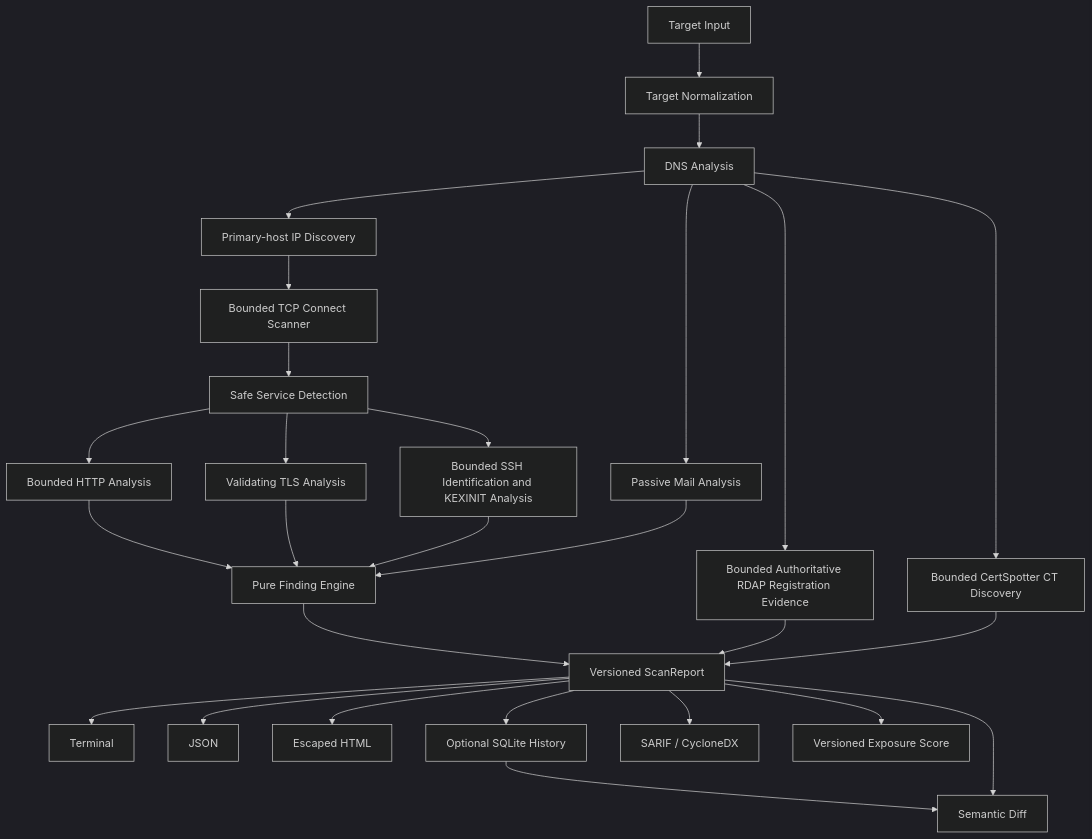
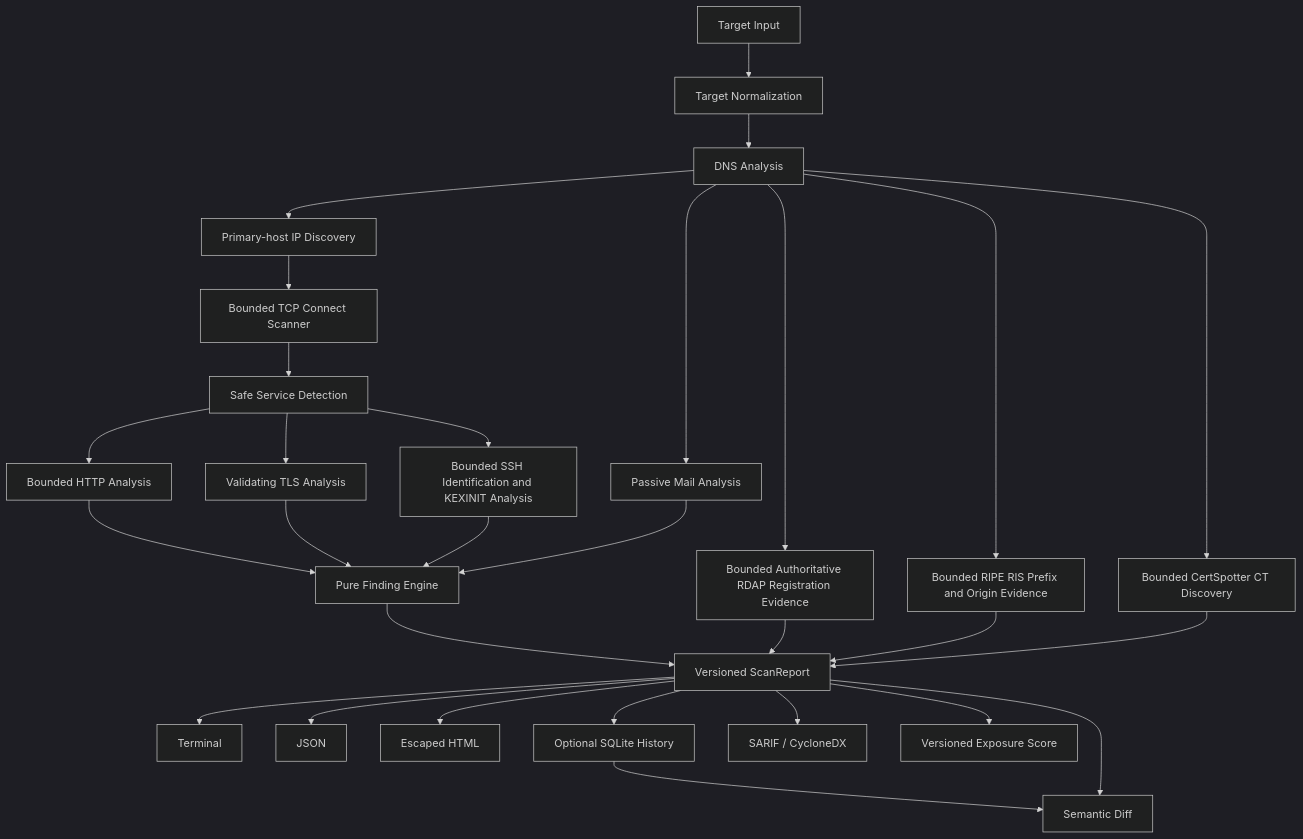
The diagram in docs/architecture.md (bxn-dev/surface), drawn with Mermaid (dark theme) before and after one commit. The commit also changed other lines of this file and 7 other files, not shown here.

````diff
--- a/docs/architecture.md
+++ b/docs/architecture.md
@@ -3,29 +3,31 @@
 ```mermaid
 flowchart TD
     A[Target Input] --> B[Target Normalization]
     B --> C[DNS Analysis]
     C --> D[Primary-host IP Discovery]
     D --> E[Bounded TCP Connect Scanner]
     E --> F[Safe Service Detection]
     F --> G[Bounded HTTP Analysis]
     F --> H[Validating TLS Analysis]
     F --> SSH[Bounded SSH Identification and KEXINIT Analysis]
     C --> I[Passive Mail Analysis]
     C --> RDAP[Bounded Authoritative RDAP Registration Evidence]
+    C --> BGP[Bounded RIPE RIS Prefix and Origin Evidence]
     C --> S[Bounded CertSpotter CT Discovery]
     G --> J[Pure Finding Engine]
     H --> J
     SSH --> J
     I --> J
     J --> K[Versioned ScanReport]
     RDAP --> K
+    BGP --> K
     S --> K
     K --> L[Terminal]
     K --> M[JSON]
     K --> N[Escaped HTML]
     K --> O[Optional SQLite History]
     K --> P[SARIF / CycloneDX]
     K --> Q[Versioned Exposure Score]
     O --> R[Semantic Diff]
     K --> R
 ```
````
